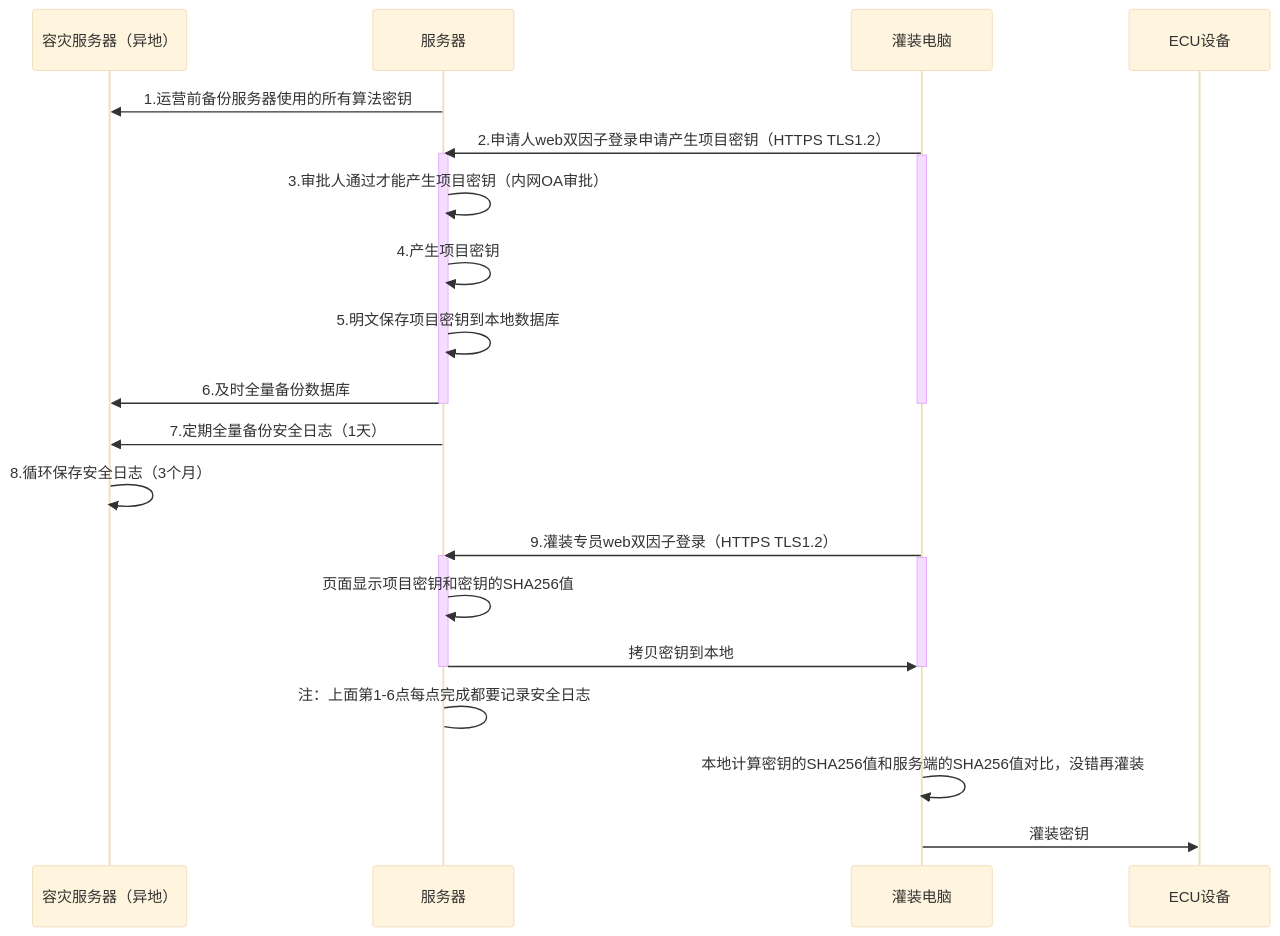
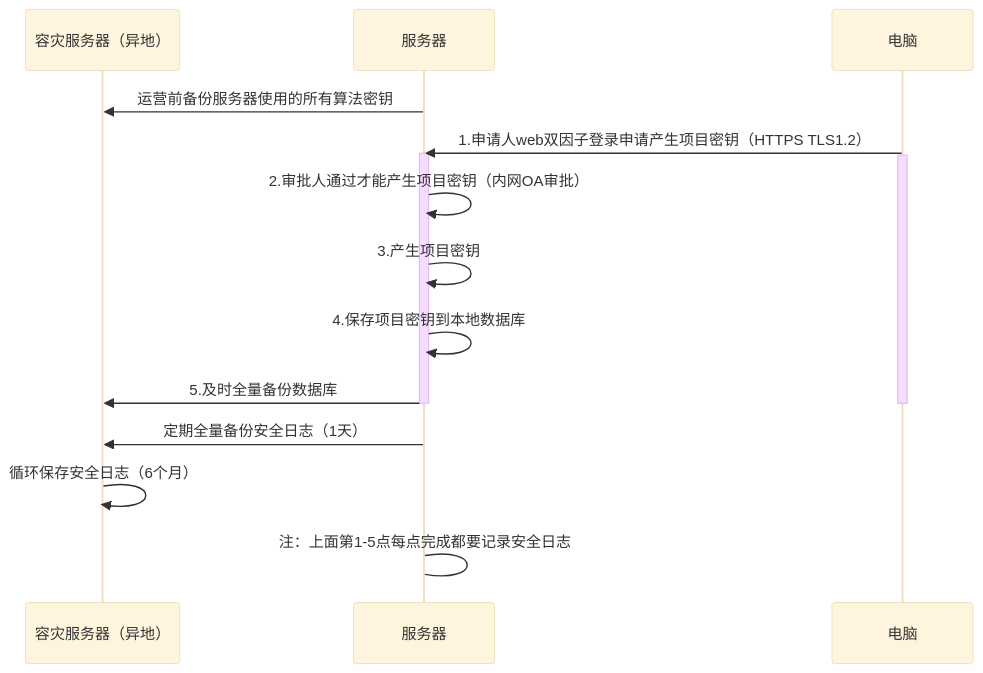
One commit to facebook-cloud/iodraw-files changed the diagram in all/未命名-25.md. Above: the diagram before and after it, drawn with Mermaid (base theme).

Commit message:
2026-04-21 14:14:30 update

````diff
--- a/all/未命名-25.md
+++ b/all/未命名-25.md
@@ -1,35 +1,26 @@
 ```mermaid
 sequenceDiagram
     participant A as 容灾服务器（异地）
     participant B as 服务器
-    participant D as 灌装电脑
-    participant E as ECU设备
+    participant D as 电脑
 
-    B->>A: 1.运营前备份服务器使用的所有算法密钥
-    D->>B: 2.申请人web双因子登录申请产生项目密钥（HTTPS TLS1.2）
+    B->>A: 运营前备份服务器使用的所有算法密钥
+    D->>B: 1.申请人web双因子登录申请产生项目密钥（HTTPS TLS1.2）
     activate B
     activate D
-    B->>B: 3.审批人通过才能产生项目密钥（内网OA审批）
-    B->>B: 4.产生项目密钥
-    B->>B: 5.明文保存项目密钥到本地数据库
-    B->>A: 6.及时全量备份数据库
+    B->>B: 2.审批人通过才能产生项目密钥（内网OA审批）
+    B->>B: 3.产生项目密钥
+    B->>B: 4.保存项目密钥到本地数据库
+    B->>A: 5.及时全量备份数据库
 
     deactivate B
     deactivate D
 
-    B->>A: 7.定期全量备份安全日志（1天）
-    A->>A: 8.循环保存安全日志（3个月）
+    B->>A: 定期全量备份安全日志（1天）
+    A->>A: 循环保存安全日志（6个月）
     
-    D->>B: 9.灌装专员web双因子登录（HTTPS TLS1.2）
-    activate B
-    activate D
-    B->>B: 页面显示项目密钥和密钥的SHA256值
-    B->>D: 拷贝密钥到本地
-    deactivate B
-    deactivate D
-    B->B: 注：上面第1-6点每点完成都要记录安全日志
+    B->B: 注：上面第1-5点每点完成都要记录安全日志
 
-    D->>D:本地计算密钥的SHA256值和服务端的SHA256值对比，没错再灌装
     
-    D->>E: 灌装密钥
+
 ```
````
